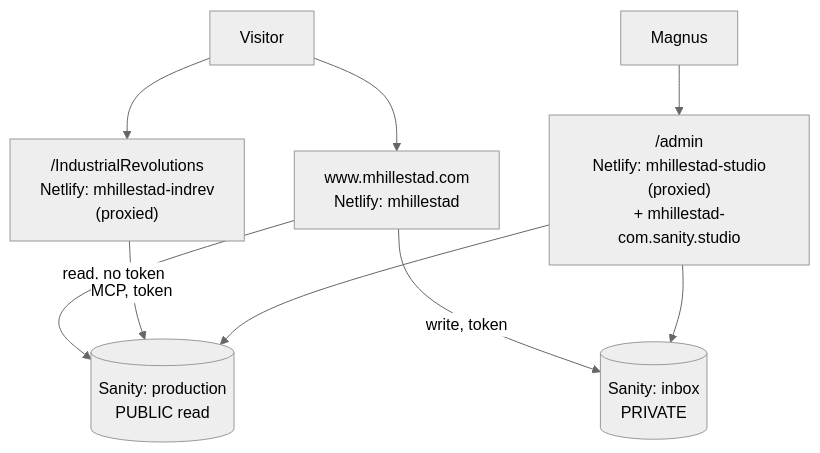
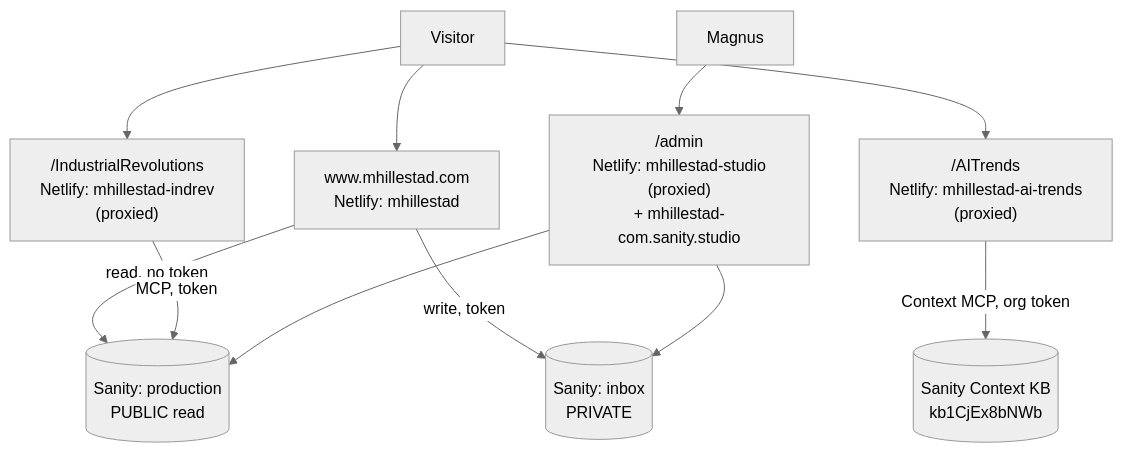
Before and after one commit to magnushi/mhillestad: the diagram in SYSTEM-ARCHITECTURE.md, drawn with Mermaid (neutral theme). The commit also changed other lines of this file and 10 other files, not shown here.

````diff
--- a/SYSTEM-ARCHITECTURE.md
+++ b/SYSTEM-ARCHITECTURE.md
@@ -20,12 +20,14 @@
 ```mermaid
 graph TD
   V["Visitor"] --> WWW["www.mhillestad.com<br/>Netlify: mhillestad"]
   V --> IR["/IndustrialRevolutions<br/>Netlify: mhillestad-indrev<br/>(proxied)"]
+  V --> AIT["/AITrends<br/>Netlify: mhillestad-ai-trends<br/>(proxied)"]
   E["Magnus"] --> ST["/admin<br/>Netlify: mhillestad-studio<br/>(proxied)<br/>+ mhillestad-com.sanity.studio"]
 
   WWW -->|"read, no token"| PROD[("Sanity: production<br/>PUBLIC read")]
   WWW -->|"write, token"| INBOX[("Sanity: inbox<br/>PRIVATE")]
   IR -->|"MCP, token"| PROD
+  AIT -->|"Context MCP, org token"| AIKB[("Sanity Context KB<br/>kb1CjEx8bNWb")]
   ST --> PROD
   ST --> INBOX
 ```
````
